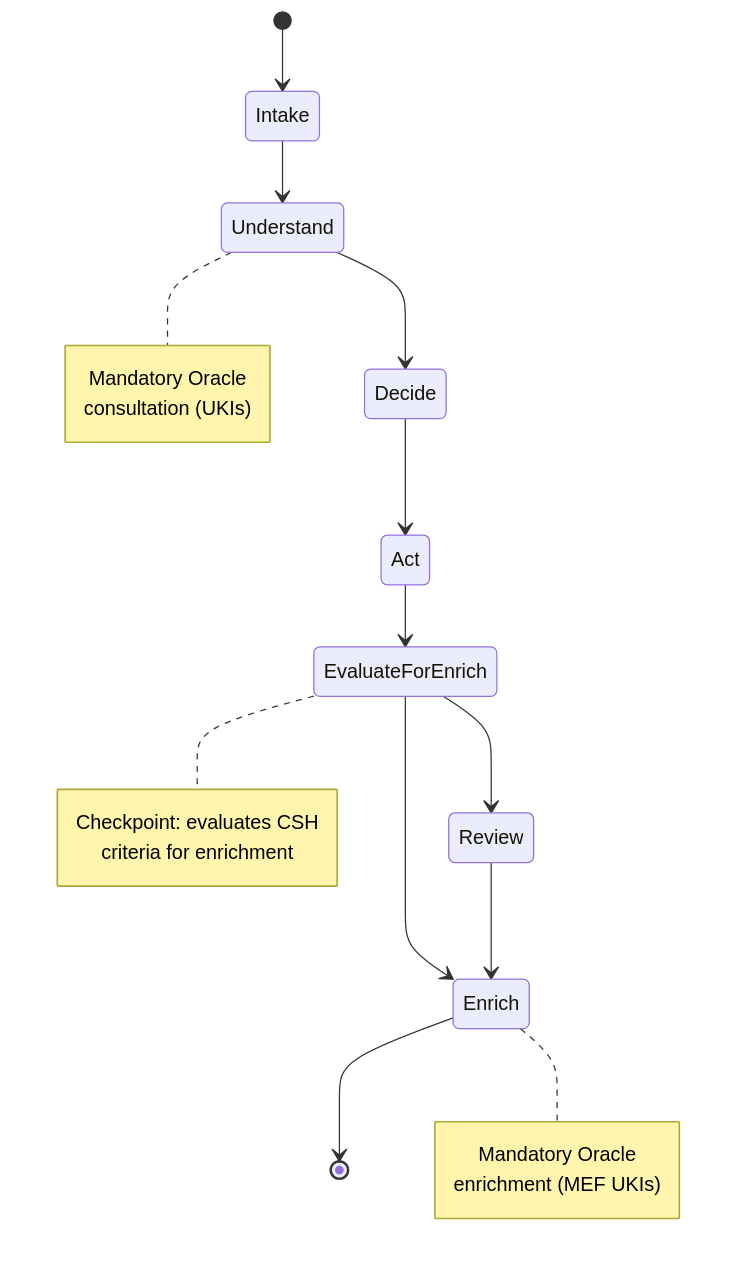
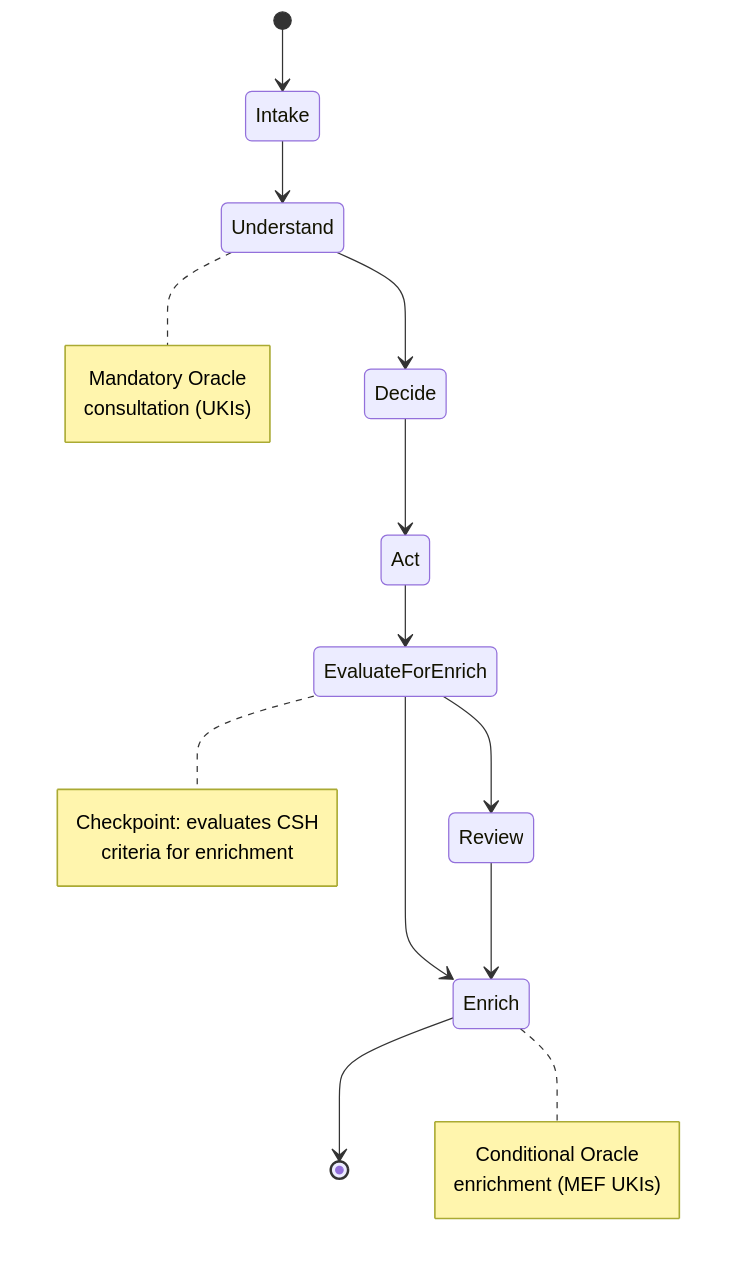
The third of 4 diagrams in MATRIX_PROTOCOL.md (netomantonio/matrix-protocol), drawn with Mermaid before and after one commit. The commit also changed other lines of this file and 3 other files, not shown here.

````diff
--- a/MATRIX_PROTOCOL.md
+++ b/MATRIX_PROTOCOL.md
@@ -489,27 +537,27 @@
 ```mermaid
 stateDiagram-v2
     [*] --> Intake
     Intake --> Understand
     Understand --> Decide  
     Decide --> Act
     Act --> EvaluateForEnrich
     EvaluateForEnrich --> Review
     EvaluateForEnrich --> Enrich
     Review --> Enrich
     Enrich --> [*]
     
     note right of Understand
       Mandatory Oracle 
       consultation (UKIs)
     end note
     
     note right of EvaluateForEnrich
       Checkpoint: evaluates CSH
       criteria for enrichment
     end note
     
     note right of Enrich
-      Mandatory Oracle
+      Conditional Oracle
       enrichment (MEF UKIs)
     end note
 ```
````
